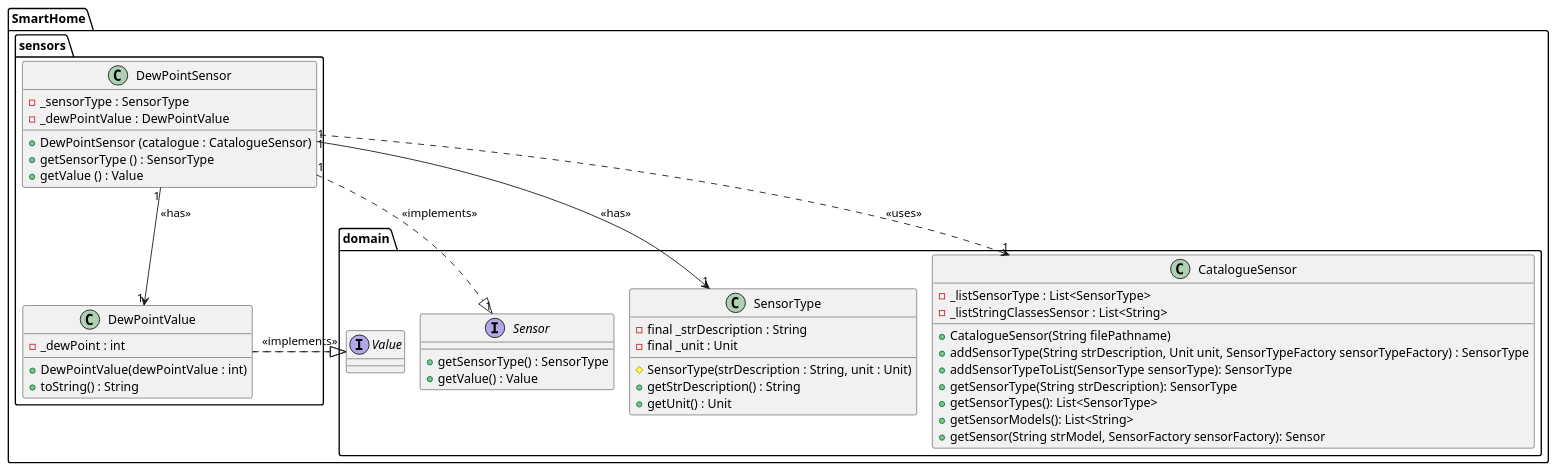
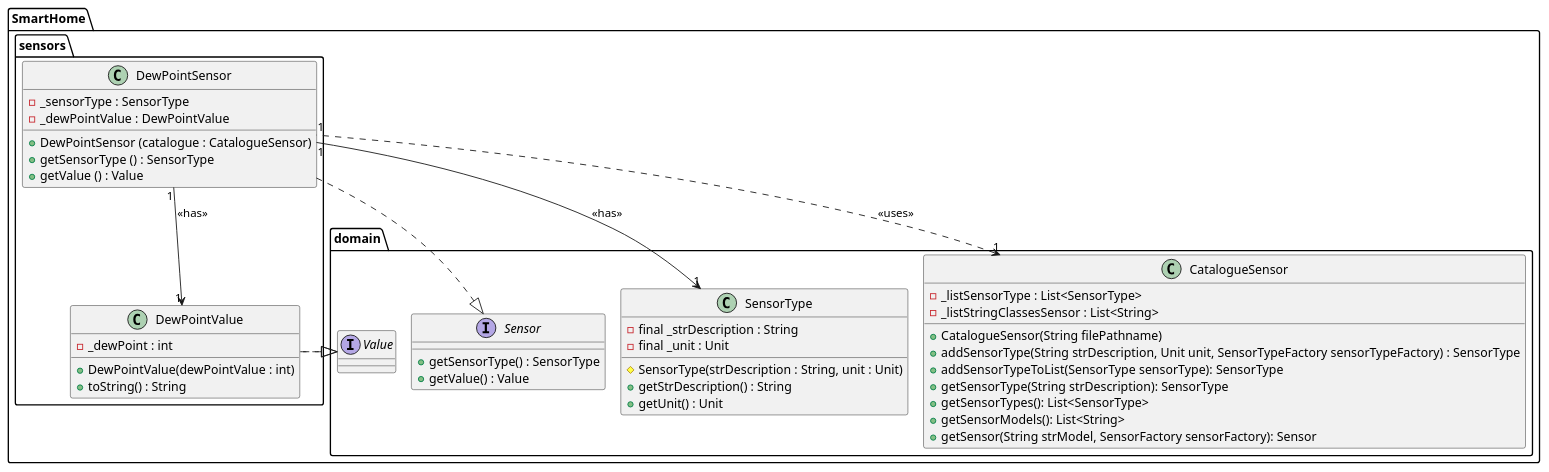
The diagram in docs/userStories/us022/01.requirements-engineering/diagrams/classDiagram.puml (olivDiogo/SmartHome), drawn with PlantUML before and after one commit. The commit also changed 1 other file, not shown here.

Commit message:
#59 update class diagram for DewPointSensor and added svg file

```diff
--- a/docs/userStories/us022/01.requirements-engineering/diagrams/classDiagram.puml
+++ b/docs/userStories/us022/01.requirements-engineering/diagrams/classDiagram.puml
@@ -1,63 +1,63 @@
 @startuml
 !pragma layout smetana
 
 package SmartHome.sensors {
 
     class DewPointSensor {
         - _sensorType : SensorType
         - _dewPointValue : DewPointValue
 
         + DewPointSensor (catalogue : CatalogueSensor)
         +getSensorType () : SensorType
         +getValue () : Value
     }
 
     class DewPointValue implements SmartHome.domain.Value {
         - _dewPoint : int
 
         + DewPointValue(dewPointValue : int)
         + toString() : String
     }
 
 }
 
 package SmartHome.domain {
 
     interface Sensor {
         + getSensorType() : SensorType
         + getValue() : Value
     }
 
     class SensorType {
     - final _strDescription : String
     - final _unit : Unit
 
     # SensorType(strDescription : String, unit : Unit)
     + getStrDescription() : String
     + getUnit() : Unit
     }
 
     interface Value {
     }
 
     class CatalogueSensor {
     - _listSensorType : List<SensorType>
     - _listStringClassesSensor : List<String>
 
     + CatalogueSensor(String filePathname)
     + addSensorType(String strDescription, Unit unit, SensorTypeFactory sensorTypeFactory) : SensorType
     + addSensorTypeToList(SensorType sensorType): SensorType
     + getSensorType(String strDescription): SensorType
     + getSensorTypes(): List<SensorType>
     + getSensorModels(): List<String>
     + getSensor(String strModel, SensorFactory sensorFactory): Sensor
     }
 }
 
-SmartHome.sensors.DewPointSensor "1" ..|> "1" SmartHome.domain.Sensor : <<implements>>
+SmartHome.sensors.DewPointSensor  ..|>  SmartHome.domain.Sensor
 SmartHome.sensors.DewPointSensor "1" --> "1" SmartHome.domain.SensorType : <<has>>
 SmartHome.sensors.DewPointSensor "1" --> "1" SmartHome.sensors.DewPointValue : <<has>>
 SmartHome.domain.CatalogueSensor "1" <.. "1" SmartHome.sensors.DewPointSensor : <<uses>>
-SmartHome.sensors.DewPointValue  ..|>  SmartHome.domain.Value : <<implements>>
+SmartHome.sensors.DewPointValue  ..|>  SmartHome.domain.Value
 
 @enduml
```
